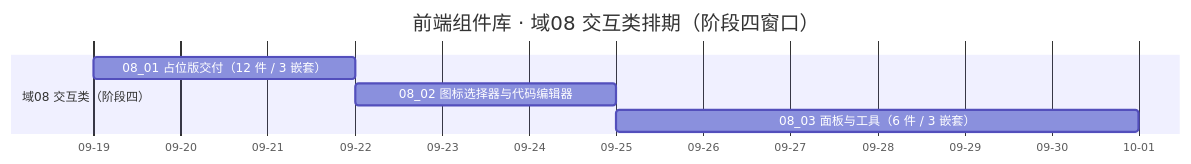
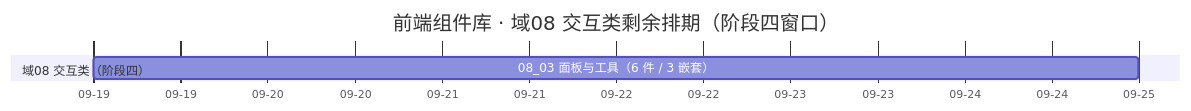
The diagram in bms文档/项目/04_前端组件库/计划/01_计划_前端组件库.md (minjian123/basic-management-system), drawn with Mermaid before and after one commit. The commit also changed other lines of this file and 9 other files, not shown here.

````diff
--- a/bms文档/项目/04_前端组件库/计划/01_计划_前端组件库.md
+++ b/bms文档/项目/04_前端组件库/计划/01_计划_前端组件库.md
@@ -74,10 +74,8 @@
 ```mermaid
 gantt
-    title 前端组件库 · 域08 交互类排期（阶段四窗口）
+    title 前端组件库 · 域08 交互类剩余排期（阶段四窗口）
     dateFormat  YYYY-MM-DD
     axisFormat %m-%d
     section 域08 交互类（阶段四）
-    08_01 占位版交付（12 件 / 3 嵌套）  :f01, 2026-09-19, 3d
-    08_02 图标选择器与代码编辑器        :f02, 2026-09-22, 3d
-    08_03 面板与工具（6 件 / 3 嵌套）   :f03, 2026-09-25, 6d
+    08_03 面板与工具（6 件 / 3 嵌套）   :f03, 2026-09-19, 6d
 ```
````
